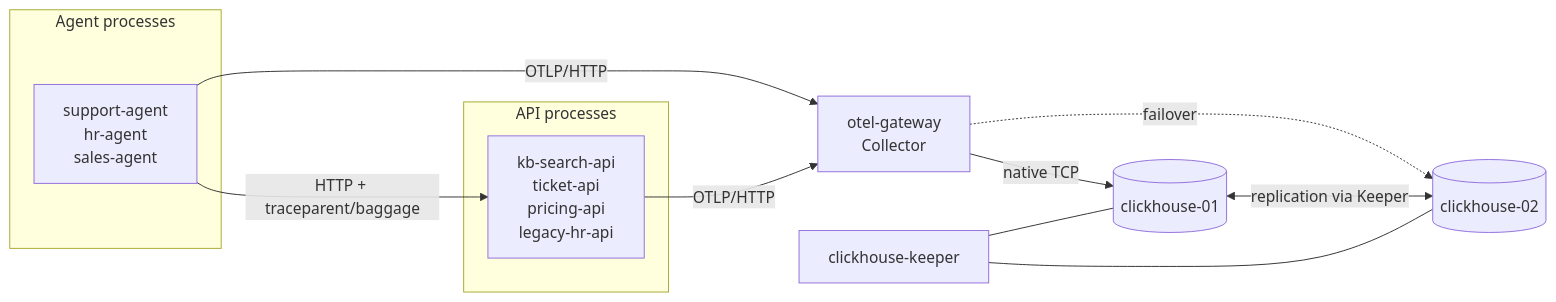
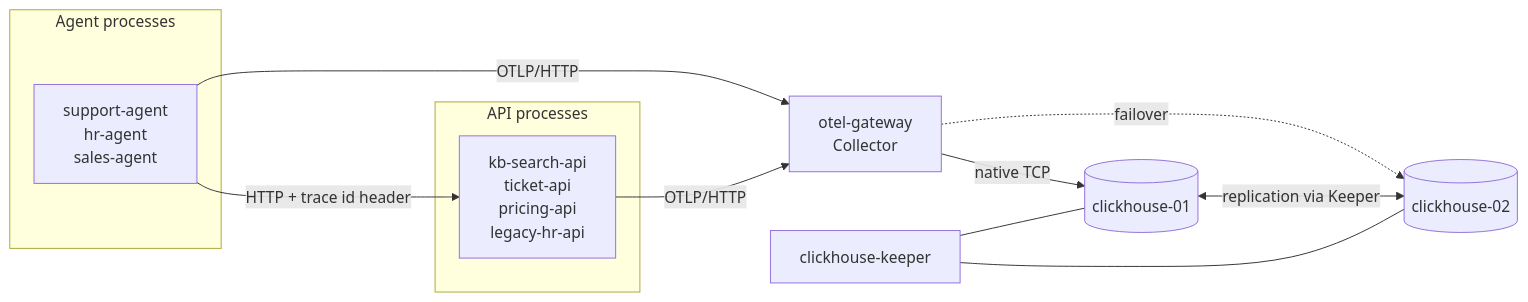
The diagram in docs/tutorial/00-setup.md (mdfarooqii/agent-tracing-otel-clickhouse), drawn with Mermaid before and after one commit. The commit also changed other lines of this file and 21 other files, not shown here.

First line of the commit message:
Tutorial: reorder modules, fix technical errors and schema bugs

````diff
--- a/docs/tutorial/00-setup.md
+++ b/docs/tutorial/00-setup.md
@@ -360,17 +221,17 @@
 ```mermaid
 flowchart LR
   subgraph agents [Agent processes]
     A[support-agent<br/>hr-agent<br/>sales-agent]
   end
   subgraph apis [API processes]
     B[kb-search-api<br/>ticket-api<br/>pricing-api<br/>legacy-hr-api]
   end
-  A -- HTTP + traceparent/baggage --> B
+  A -- HTTP + trace id header --> B
   A -- OTLP/HTTP --> G[otel-gateway<br/>Collector]
   B -- OTLP/HTTP --> G
   G -- native TCP --> C1[(clickhouse-01)]
   G -. failover .-> C2[(clickhouse-02)]
   C1 <-- replication via Keeper --> C2
   K[clickhouse-keeper] --- C1
   K --- C2
 ```
````
